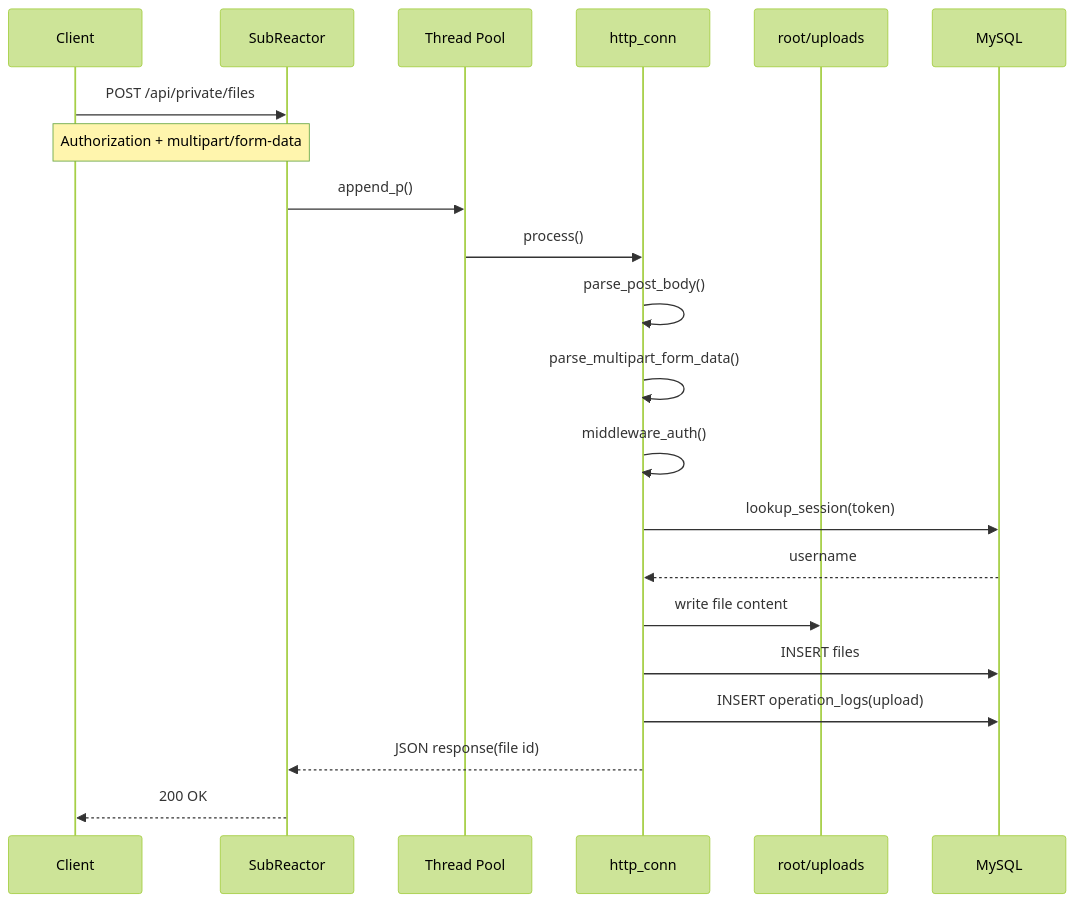
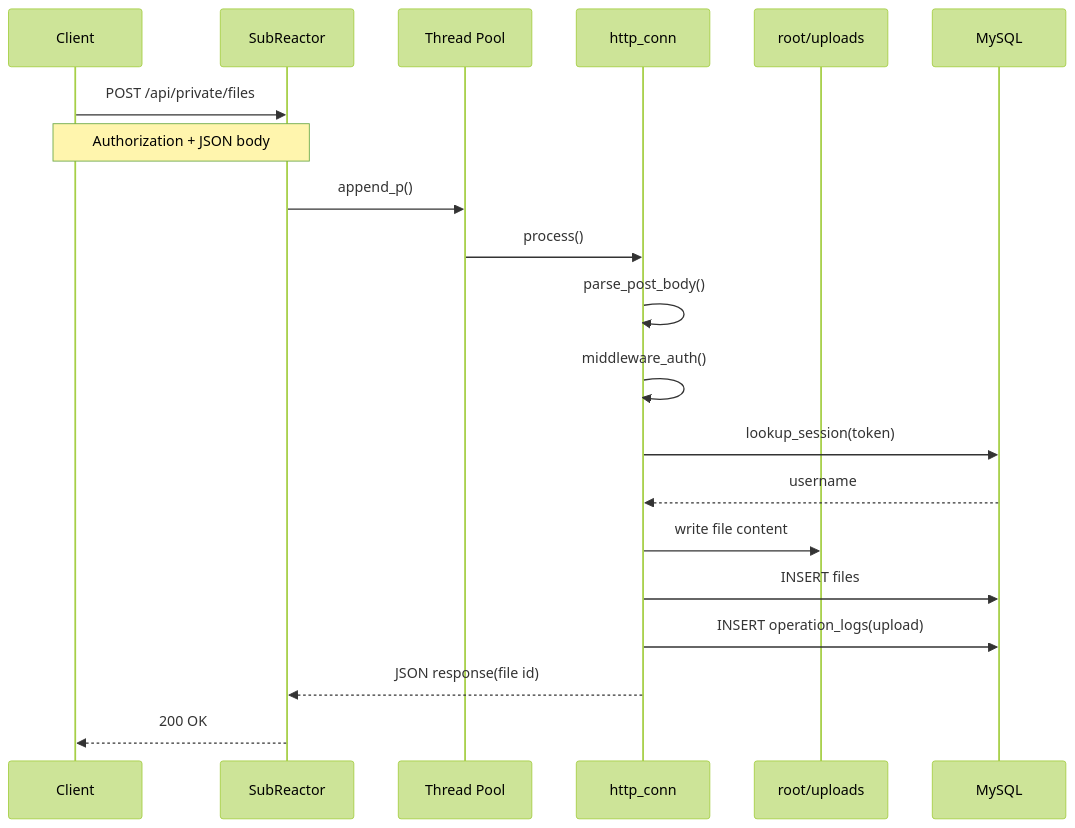
The third of 5 diagrams in docs/request-sequence.md (wjg12345678/Atlas-WebServer), drawn with Mermaid (forest theme) before and after one commit. The commit also changed other lines of this file and 14 other files, not shown here.

````diff
--- a/docs/request-sequence.md
+++ b/docs/request-sequence.md
@@ -60,24 +60,23 @@
 ```mermaid
 sequenceDiagram
     participant C as Client
     participant SR as SubReactor
     participant TP as Thread Pool
     participant HC as http_conn
     participant FS as root/uploads
     participant DB as MySQL
 
     C->>SR: POST /api/private/files
-    Note over C,SR: Authorization + multipart/form-data
+    Note over C,SR: Authorization + JSON body
     SR->>TP: append_p()
     TP->>HC: process()
     HC->>HC: parse_post_body()
-    HC->>HC: parse_multipart_form_data()
     HC->>HC: middleware_auth()
     HC->>DB: lookup_session(token)
     DB-->>HC: username
     HC->>FS: write file content
     HC->>DB: INSERT files
     HC->>DB: INSERT operation_logs(upload)
     HC-->>SR: JSON response(file id)
     SR-->>C: 200 OK
 ```
````
